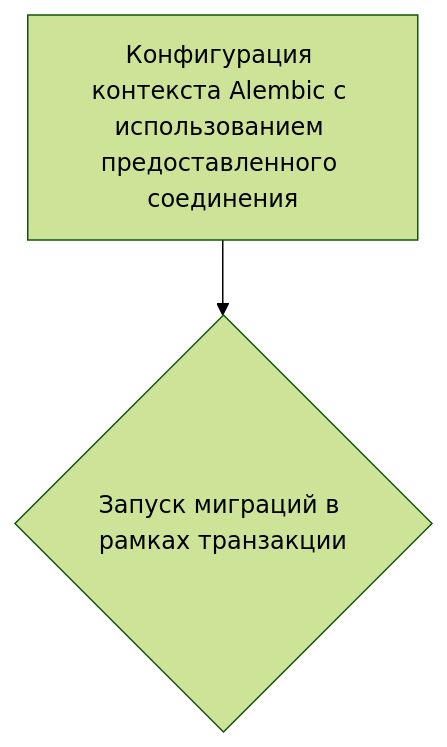
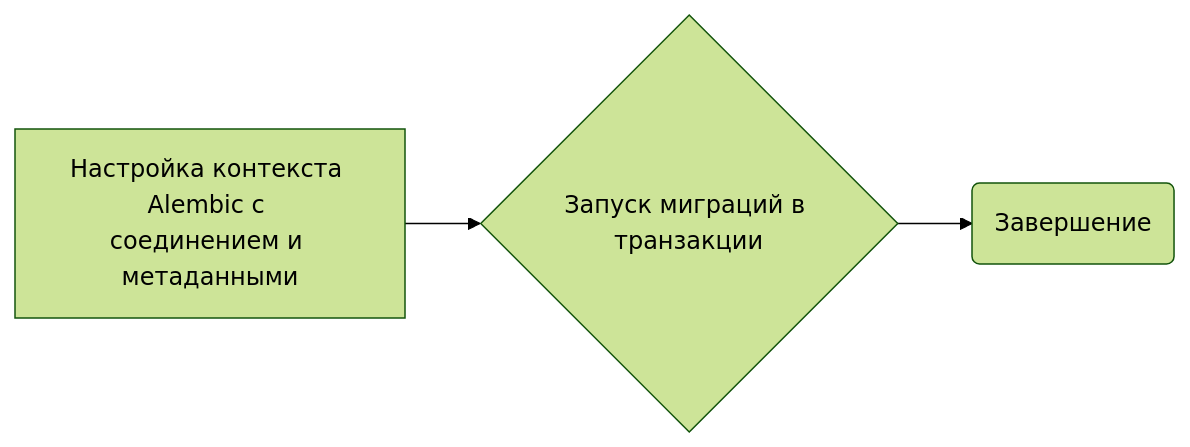
The second of 4 diagrams in docs/gemini/ru/doc/src/endpoints/bots/telegram/digital_market/bot/migration/env.py.md (hypo69/hypo), drawn with Mermaid (forest theme) before and after one commit. The commit also changed other lines of this file and 551 other files, not shown here.

````diff
--- a/docs/gemini/ru/doc/src/endpoints/bots/telegram/digital_market/bot/migration/env.py.md
+++ b/docs/gemini/ru/doc/src/endpoints/bots/telegram/digital_market/bot/migration/env.py.md
@@ -71,4 +79,5 @@
 ```mermaid
-graph TD
-    A[Конфигурация контекста Alembic с использованием предоставленного соединения] --> B{Запуск миграций в рамках транзакции};
+graph LR
+    A[Настройка контекста Alembic с соединением и метаданными] --> B{Запуск миграций в транзакции}
+    B --> C(Завершение)
 ```
````
